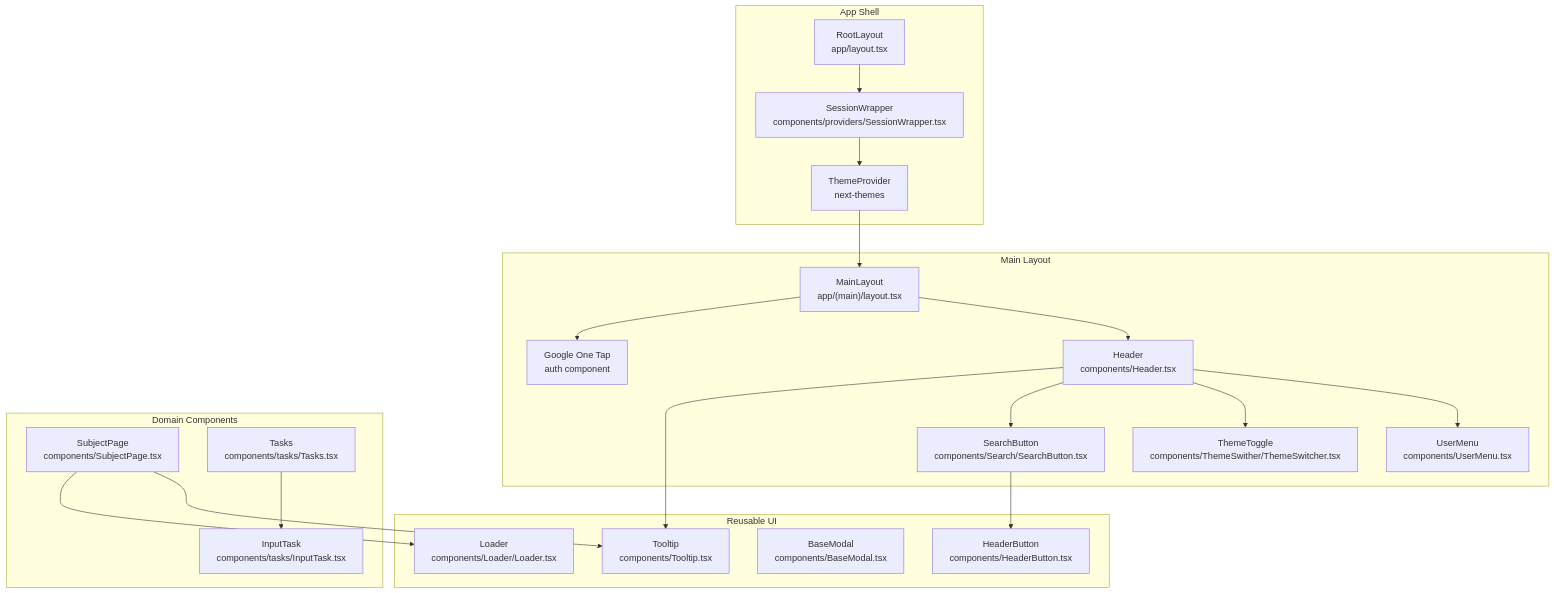
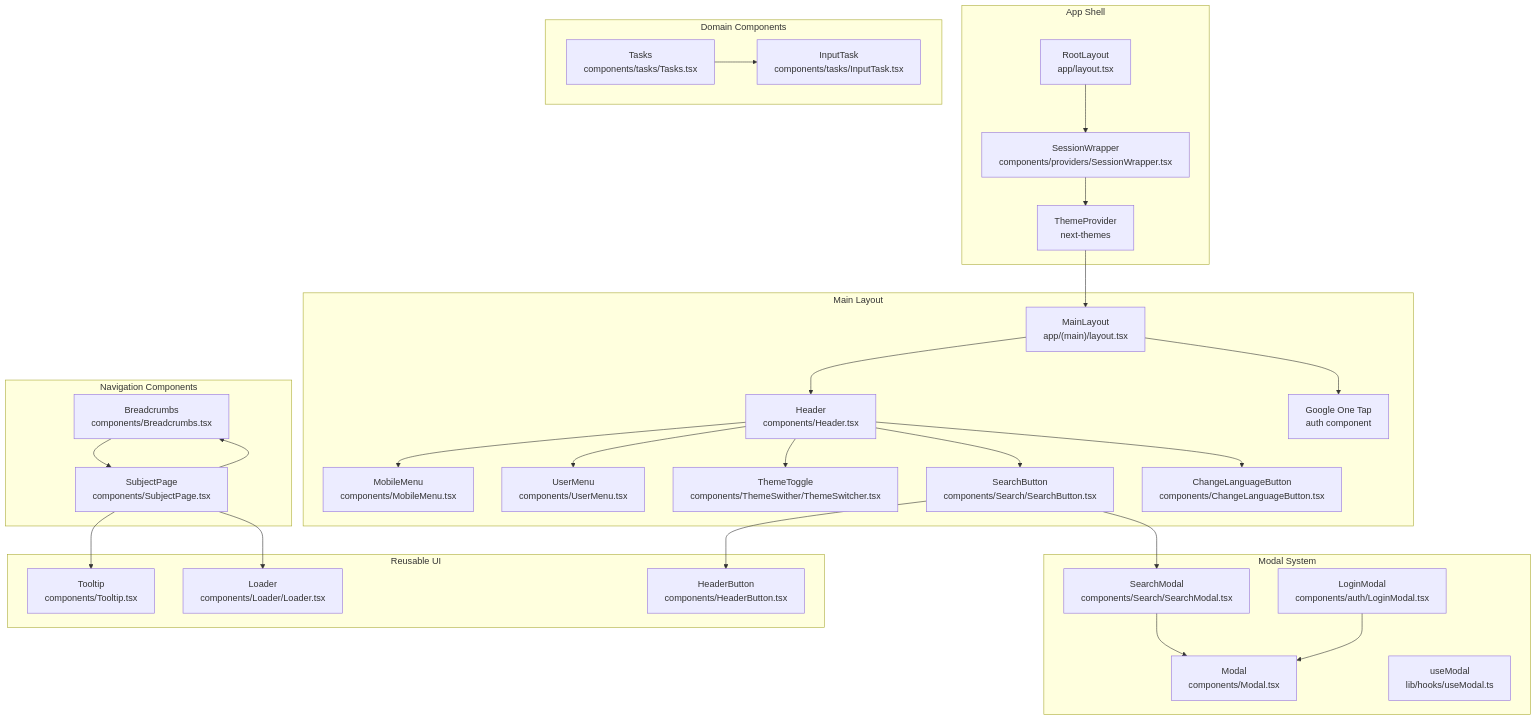
Before and after one commit to AlexKutz/math-app-next-js: the first of 12 diagrams in .qoder/repowiki/en/content/Architecture & Design/Component Hierarchy & UI Architecture.md, drawn with Mermaid. The commit also changed other lines of this file and 125 other files, not shown here.

````diff
--- a/.qoder/repowiki/en/content/Architecture & Design/Component Hierarchy & UI Architecture.md
+++ b/.qoder/repowiki/en/content/Architecture & Design/Component Hierarchy & UI Architecture.md
@@ -38,37 +59,53 @@
 ```mermaid
 graph TB
 subgraph "App Shell"
 RootLayout["RootLayout<br/>app/layout.tsx"]
 SessionWrapper["SessionWrapper<br/>components/providers/SessionWrapper.tsx"]
 ThemeProvider["ThemeProvider<br/>next-themes"]
 end
 subgraph "Main Layout"
 MainLayout["MainLayout<br/>app/(main)/layout.tsx"]
 Header["Header<br/>components/Header.tsx"]
+MobileMenu["MobileMenu<br/>components/MobileMenu.tsx"]
 UserMenu["UserMenu<br/>components/UserMenu.tsx"]
 ThemeToggle["ThemeToggle<br/>components/ThemeSwither/ThemeSwitcher.tsx"]
 SearchButton["SearchButton<br/>components/Search/SearchButton.tsx"]
+ChangeLanguage["ChangeLanguageButton<br/>components/ChangeLanguageButton.tsx"]
 GoogleOneTap["Google One Tap<br/>auth component"]
+end
+subgraph "Navigation Components"
+Breadcrumbs["Breadcrumbs<br/>components/Breadcrumbs.tsx"]
+SubjectPage["SubjectPage<br/>components/SubjectPage.tsx"]
+end
+subgraph "Modal System"
+Modal["Modal<br/>components/Modal.tsx"]
+useModal["useModal<br/>lib/hooks/useModal.ts"]
+SearchModal["SearchModal<br/>components/Search/SearchModal.tsx"]
+LoginModal["LoginModal<br/>components/auth/LoginModal.tsx"]
 end
 subgraph "Reusable UI"
 HeaderButton["HeaderButton<br/>components/HeaderButton.tsx"]
 Tooltip["Tooltip<br/>components/Tooltip.tsx"]
-BaseModal["BaseModal<br/>components/BaseModal.tsx"]
 Loader["Loader<br/>components/Loader/Loader.tsx"]
 end
 subgraph "Domain Components"
-SubjectPage["SubjectPage<br/>components/SubjectPage.tsx"]
 Tasks["Tasks<br/>components/tasks/Tasks.tsx"]
 InputTask["InputTask<br/>components/tasks/InputTask.tsx"]
 end
 RootLayout --> SessionWrapper --> ThemeProvider --> MainLayout
-MainLayout --> Header --> UserMenu
+MainLayout --> Header --> MobileMenu
+Header --> UserMenu
 Header --> ThemeToggle
 Header --> SearchButton
-Header --> Tooltip
+Header --> ChangeLanguage
 SearchButton --> HeaderButton
+SearchButton --> SearchModal
+SearchModal --> Modal
+LoginModal --> Modal
+Breadcrumbs --> SubjectPage
 Tasks --> InputTask
+SubjectPage --> Breadcrumbs
 SubjectPage --> Tooltip
 SubjectPage --> Loader
 MainLayout --> GoogleOneTap
 ```
````
